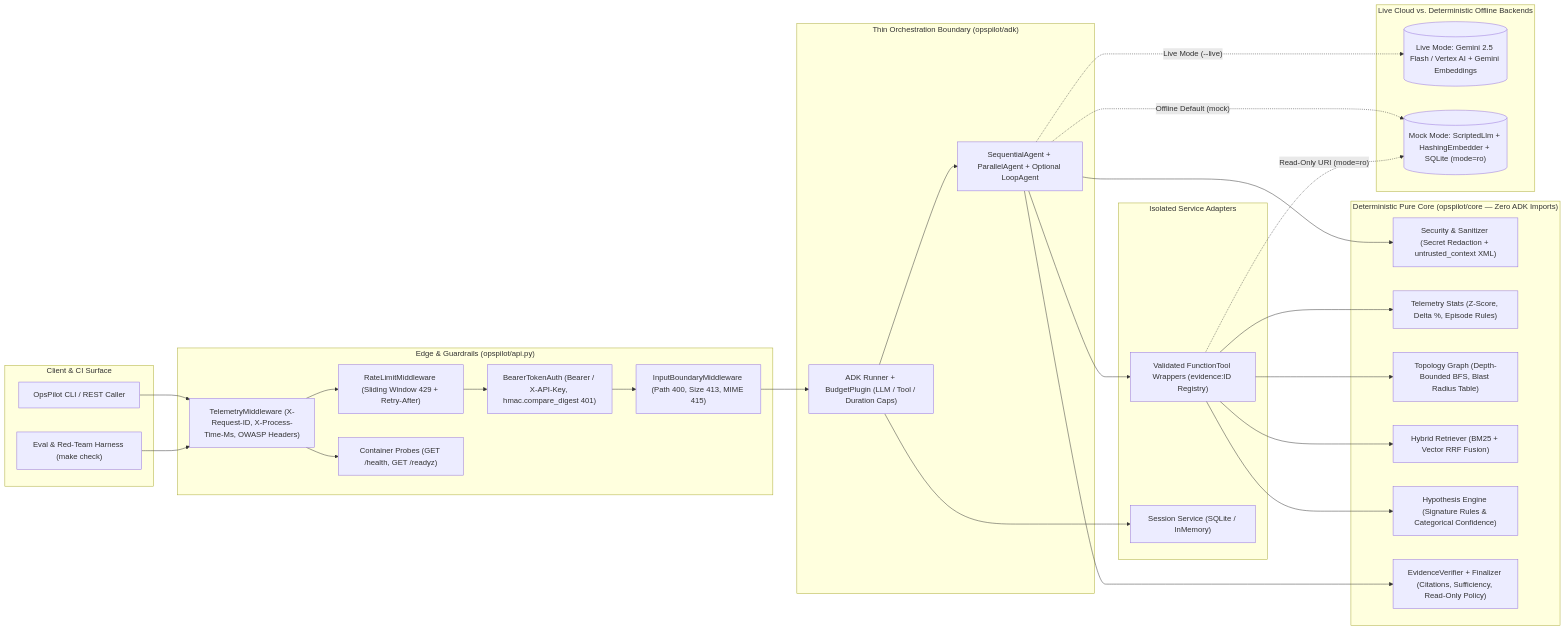
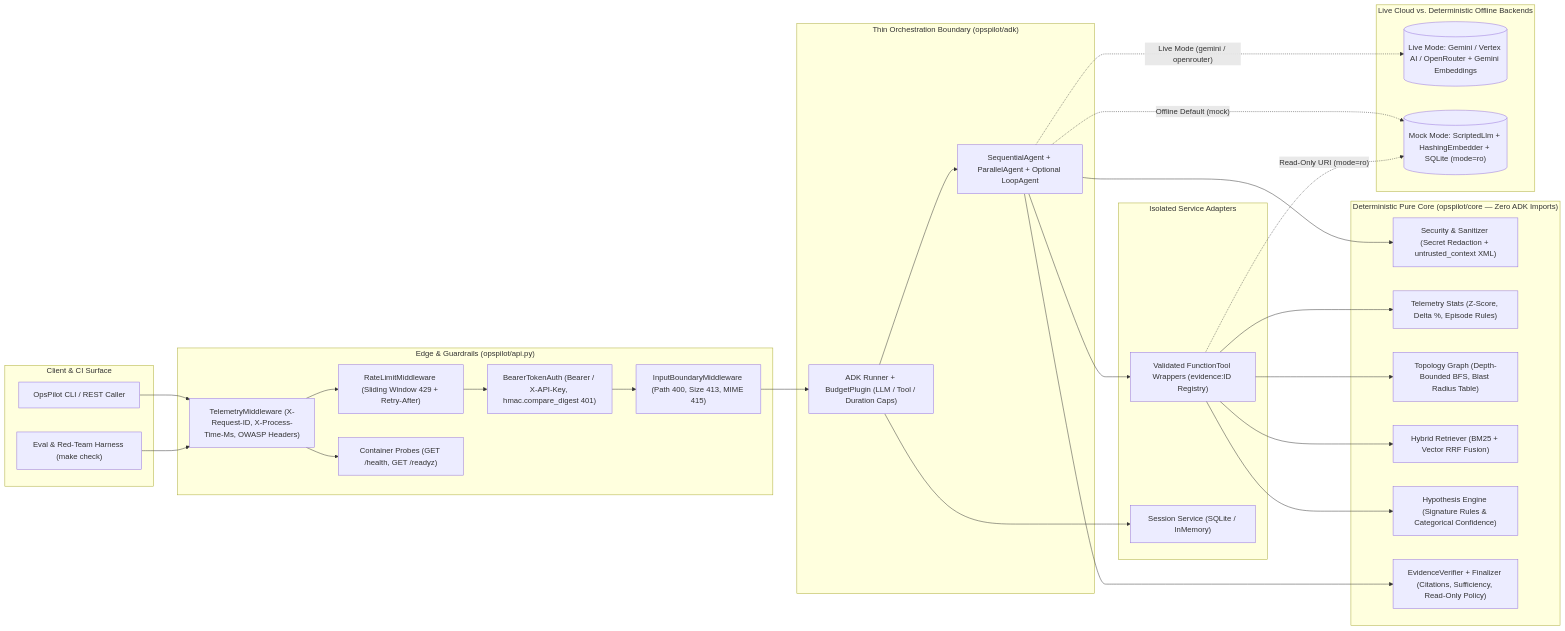
Before and after one commit to AshraHossain/agent-system: the first of 3 diagrams in README.md, drawn with Mermaid. The commit also changed other lines of this file, not shown here.

Commit message:
docs(readme): add ADK orchestration diagram and update live eval metrics

````diff
--- a/README.md
+++ b/README.md
@@ -20,49 +20,49 @@
 ```mermaid
 flowchart LR
     subgraph Client["Client & CI Surface"]
         CLI["OpsPilot CLI / REST Caller"]
         EVAL["Eval & Red-Team Harness (make check)"]
     end
 
     subgraph Edge["Edge & Guardrails (opspilot/api.py)"]
         TELEM["TelemetryMiddleware (X-Request-ID, X-Process-Time-Ms, OWASP Headers)"]
         RL["RateLimitMiddleware (Sliding Window 429 + Retry-After)"]
         AUTH["BearerTokenAuth (Bearer / X-API-Key, hmac.compare_digest 401)"]
         BOUND["InputBoundaryMiddleware (Path 400, Size 413, MIME 415)"]
         PROBES["Container Probes (GET /health, GET /readyz)"]
     end
 
     subgraph Boundary["Thin Orchestration Boundary (opspilot/adk)"]
         RUNNER["ADK Runner + BudgetPlugin (LLM / Tool / Duration Caps)"]
         PIPE["SequentialAgent + ParallelAgent + Optional LoopAgent"]
     end
 
     subgraph Core["Deterministic Pure Core (opspilot/core — Zero ADK Imports)"]
         SEC["Security & Sanitizer (Secret Redaction + untrusted_context XML)"]
         STATS["Telemetry Stats (Z-Score, Delta %, Episode Rules)"]
         TOPO["Topology Graph (Depth-Bounded BFS, Blast Radius Table)"]
         RET["Hybrid Retriever (BM25 + Vector RRF Fusion)"]
         HYP["Hypothesis Engine (Signature Rules & Categorical Confidence)"]
         VER["EvidenceVerifier + Finalizer (Citations, Sufficiency, Read-Only Policy)"]
     end
 
     subgraph Adapters["Isolated Service Adapters"]
         TOOLS["Validated FunctionTool Wrappers (evidence:ID Registry)"]
         SESS["Session Service (SQLite / InMemory)"]
     end
 
     subgraph Backends["Live Cloud vs. Deterministic Offline Backends"]
-        LIVE[("Live Mode: Gemini 2.5 Flash / Vertex AI + Gemini Embeddings")]
+        LIVE[("Live Mode: Gemini / Vertex AI / OpenRouter + Gemini Embeddings")]
         MOCK[("Mock Mode: ScriptedLlm + HashingEmbedder + SQLite (mode=ro)")]
     end
 
     CLI & EVAL --> TELEM --> RL --> AUTH --> BOUND --> RUNNER
     TELEM --> PROBES
     RUNNER --> PIPE
     PIPE --> SEC & TOOLS & VER
     TOOLS --> STATS & TOPO & RET & HYP
     RUNNER --> SESS
-    PIPE -. "Live Mode (--live)" .-> LIVE
+    PIPE -. "Live Mode (gemini / openrouter)" .-> LIVE
     PIPE -. "Offline Default (mock)" .-> MOCK
     TOOLS -. "Read-Only URI (mode=ro)" .-> MOCK
 ```
````
